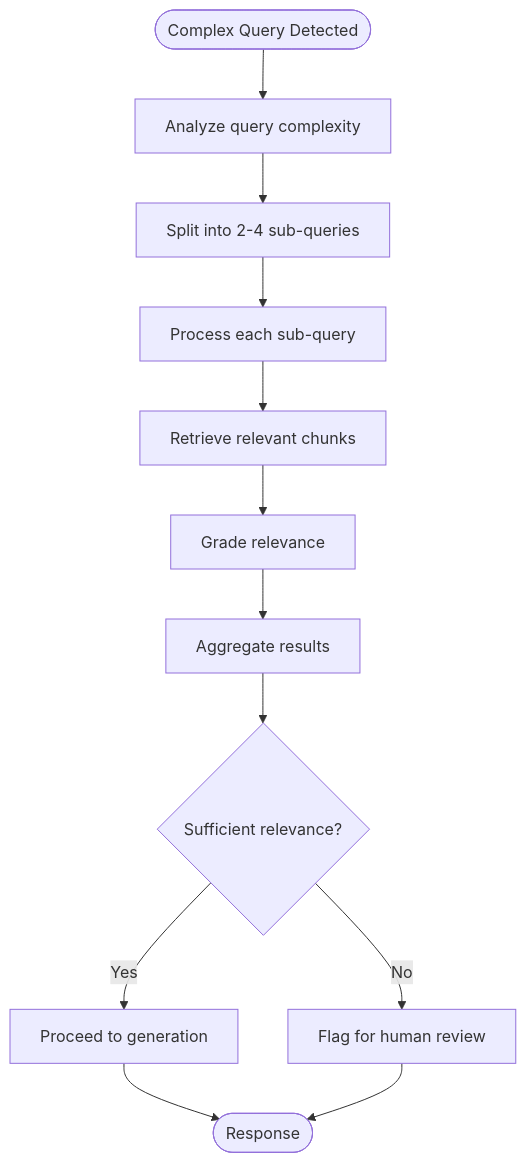
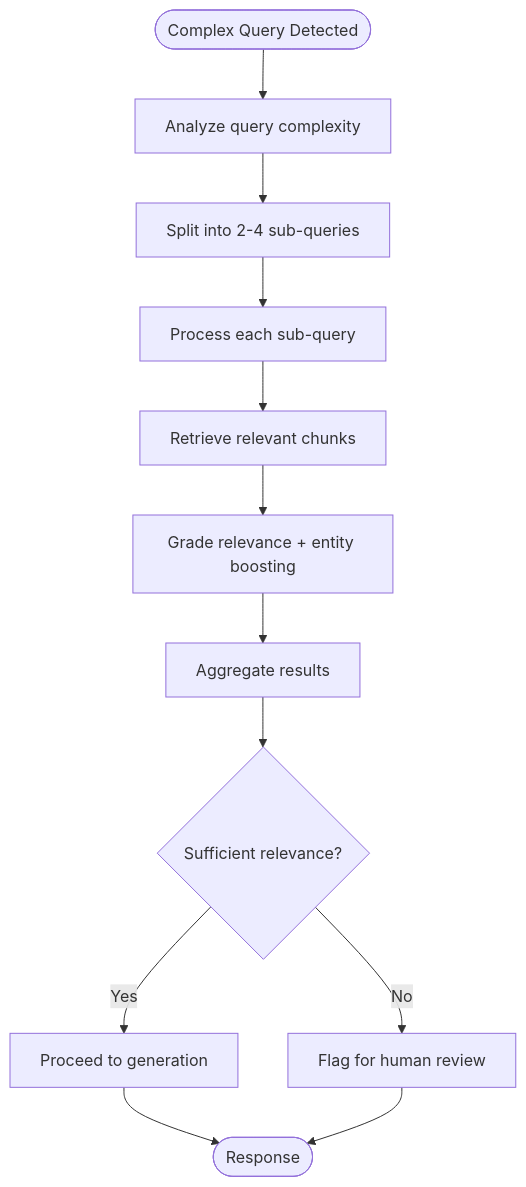
The fifth of 12 diagrams in .qoder/repowiki/en/content/AI Agent Pipeline/AI Agent Pipeline.md (genes8/private-ai), drawn with Mermaid before and after one commit. The commit also changed other lines of this file and 31 other files, not shown here.

````diff
--- a/.qoder/repowiki/en/content/AI Agent Pipeline/AI Agent Pipeline.md
+++ b/.qoder/repowiki/en/content/AI Agent Pipeline/AI Agent Pipeline.md
@@ -267,14 +280,14 @@
 ```mermaid
 flowchart TD
 Start(["Complex Query Detected"]) --> Analyze["Analyze query complexity"]
 Analyze --> Split["Split into 2-4 sub-queries"]
 Split --> Process["Process each sub-query"]
 Process --> Retrieve["Retrieve relevant chunks"]
-Retrieve --> Grade["Grade relevance"]
+Retrieve --> Grade["Grade relevance + entity boosting"]
 Grade --> Aggregate["Aggregate results"]
 Aggregate --> Evaluate{"Sufficient relevance?"}
 Evaluate --> |Yes| Generate["Proceed to generation"]
 Evaluate --> |No| Flag["Flag for human review"]
 Generate --> End(["Response"])
 Flag --> End
 ```
````
